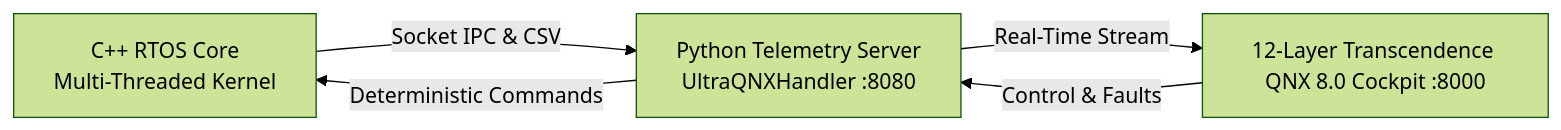
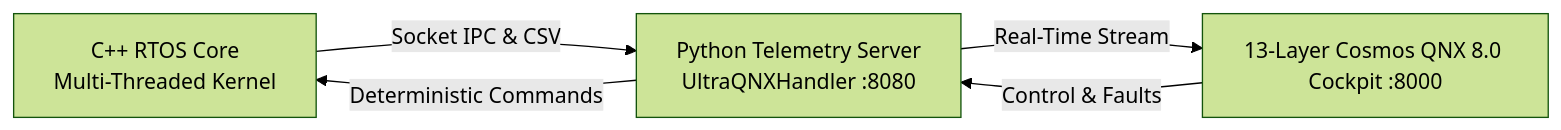
Before and after one commit to shaikhabdul2015-max/qnx-hackathon-project: the diagram in README.md, drawn with Mermaid (forest theme). The commit also changed other lines of this file and 1 other file, not shown here.

Commit message:
Add Layer 13 Cosmos: LEO Satellite Failover, H2-Hybrid Boost, and SHA3 Blackbox Ledger

````diff
--- a/README.md
+++ b/README.md
@@ -9,7 +9,7 @@
 ```mermaid
 graph LR
     A[C++ RTOS Core<br/>Multi-Threaded Kernel] -->|Socket IPC & CSV| B[Python Telemetry Server<br/>UltraQNXHandler :8080]
-    B -->|Real-Time Stream| C[12-Layer Transcendence QNX 8.0 Cockpit :8000]
+    B -->|Real-Time Stream| C[13-Layer Cosmos QNX 8.0 Cockpit :8000]
     C -->|Control & Faults| B
     B -->|Deterministic Commands| A
 ```
````
